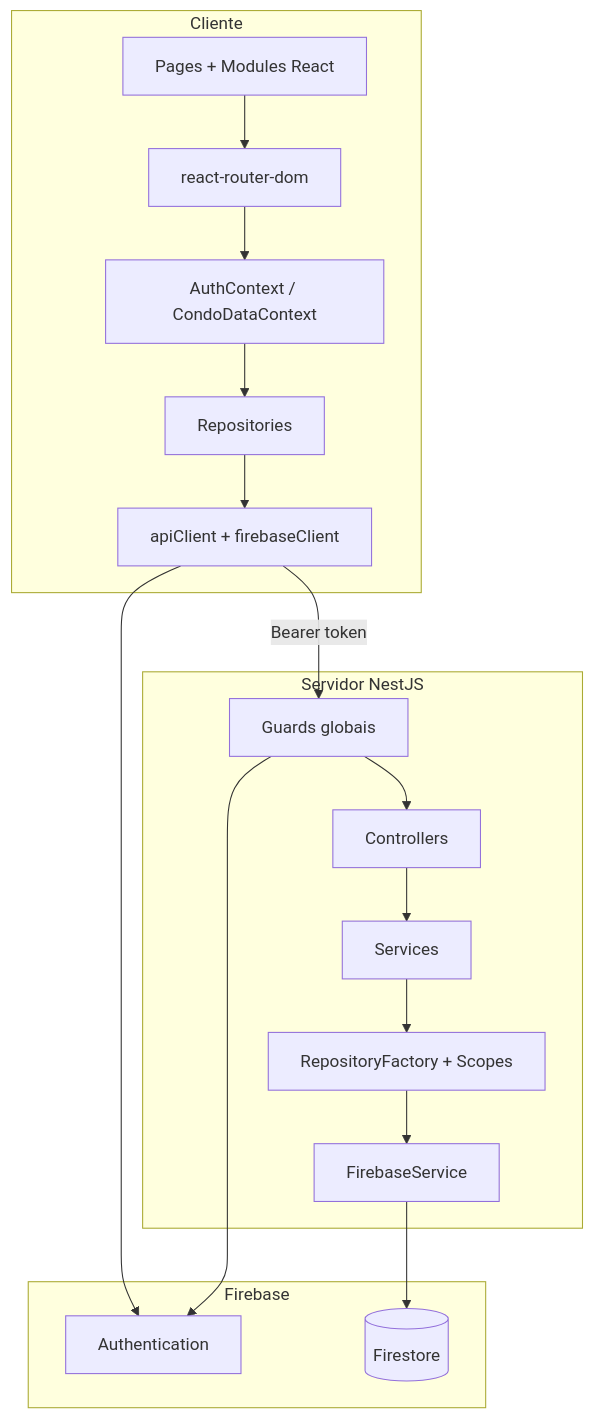
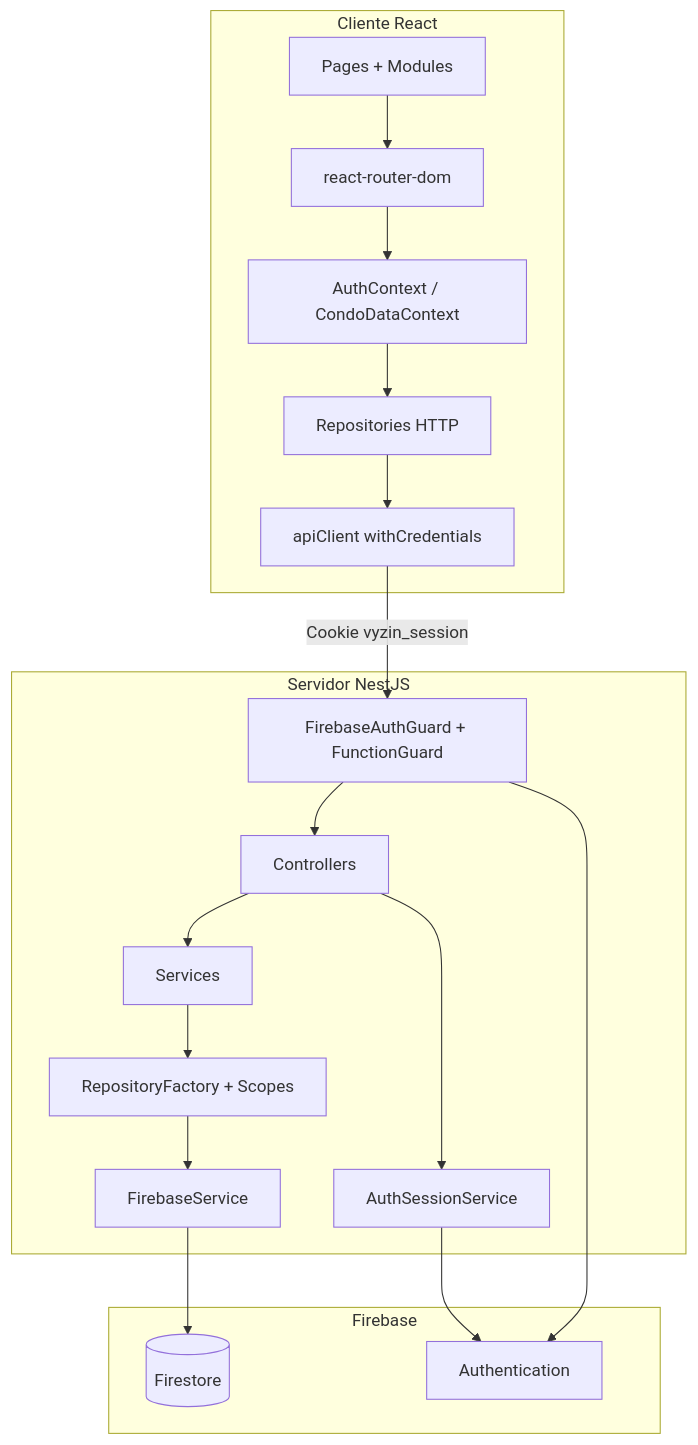
One commit to vyzin-app/vyzin changed the first of 2 diagrams in docs/DOCUMENTACAO_TECNICA.md. Above: the diagram before and after it, drawn with Mermaid. The commit also changed other lines of this file and 111 other files, not shown here.

````diff
--- a/docs/DOCUMENTACAO_TECNICA.md
+++ b/docs/DOCUMENTACAO_TECNICA.md
@@ -28,28 +30,29 @@
 ```mermaid
 flowchart TB
-  subgraph client [Cliente]
-    UI[Pages + Modules React]
+  subgraph client [Cliente React]
+    UI[Pages + Modules]
     Router[react-router-dom]
     CTX[AuthContext / CondoDataContext]
-    REPO[Repositories]
-    API_CLIENT[apiClient + firebaseClient]
+    REPO[Repositories HTTP]
+    API[apiClient withCredentials]
   end
 
   subgraph server [Servidor NestJS]
-    GUARDS[Guards globais]
+    GUARDS[FirebaseAuthGuard + FunctionGuard]
     CTRL[Controllers]
     SVC[Services]
     REPO_F[RepositoryFactory + Scopes]
+    AUTH_SRV[AuthSessionService]
     FB_SRV[FirebaseService]
   end
 
   subgraph firebase [Firebase]
     AUTH[Authentication]
     FS[(Firestore)]
   end
 
-  UI --> Router --> CTX --> REPO --> API_CLIENT
-  API_CLIENT -->|Bearer token| GUARDS --> CTRL --> SVC --> REPO_F --> FB_SRV --> FS
-  API_CLIENT --> AUTH
+  UI --> Router --> CTX --> REPO --> API
+  API -->|Cookie vyzin_session| GUARDS --> CTRL --> SVC --> REPO_F --> FB_SRV --> FS
+  CTRL --> AUTH_SRV --> AUTH
   GUARDS --> AUTH
 ```
````
